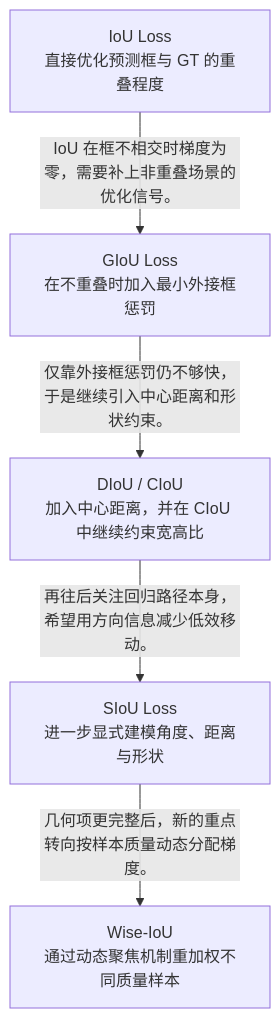
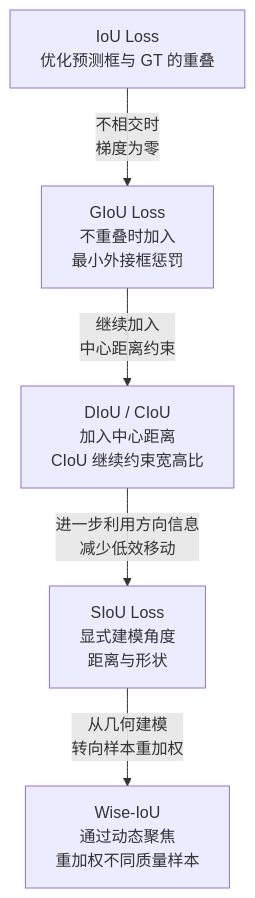
One commit to Immortal-Fates/Notes-in-ZJU changed the second of 2 diagrams in AI/ml/DL/CV/Paper-Reading/03-OD-Loss-Zoo.md. Above: the diagram before and after it, drawn with Mermaid. The commit also changed 89 other files, not shown here.

````diff
--- a/AI/ml/DL/CV/Paper-Reading/03-OD-Loss-Zoo.md
+++ b/AI/ml/DL/CV/Paper-Reading/03-OD-Loss-Zoo.md
@@ -419,13 +419,13 @@
 ```mermaid
 flowchart TB
-    IOU["IoU Loss<br/>直接优化预测框与 GT 的重叠程度"]
-    GIOU["GIoU Loss<br/>在不重叠时加入最小外接框惩罚"]
-    DIOU_CIOU["DIoU / CIoU<br/>加入中心距离，并在 CIoU 中继续约束宽高比"]
-    SIOU["SIoU Loss<br/>进一步显式建模角度、距离与形状"]
-    WIOU["Wise-IoU<br/>通过动态聚焦机制重加权不同质量样本"]
+    IOU["IoU Loss<br/>优化预测框与 GT 的重叠"]
+    GIOU["GIoU Loss<br/>不重叠时加入<br/>最小外接框惩罚"]
+    DIOU_CIOU["DIoU / CIoU<br/>加入中心距离<br/>CIoU 继续约束宽高比"]
+    SIOU["SIoU Loss<br/>显式建模角度<br/>距离与形状"]
+    WIOU["Wise-IoU<br/>通过动态聚焦<br/>重加权不同质量样本"]
 
-    IOU -->|"IoU 在框不相交时梯度为零，需要补上非重叠场景的优化信号。 "| GIOU
-    GIOU -->|"仅靠外接框惩罚仍不够快，于是继续引入中心距离和形状约束。 "| DIOU_CIOU
-    DIOU_CIOU -->|"再往后关注回归路径本身，希望用方向信息减少低效移动。 "| SIOU
-    SIOU -->|"几何项更完整后，新的重点转向按样本质量动态分配梯度。 "| WIOU
+    IOU -->|"不相交时<br/>梯度为零"| GIOU
+    GIOU -->|"继续加入<br/>中心距离约束"| DIOU_CIOU
+    DIOU_CIOU -->|"进一步利用方向信息<br/>减少低效移动"| SIOU
+    SIOU -->|"从几何建模<br/>转向样本重加权"| WIOU
 ```
````
